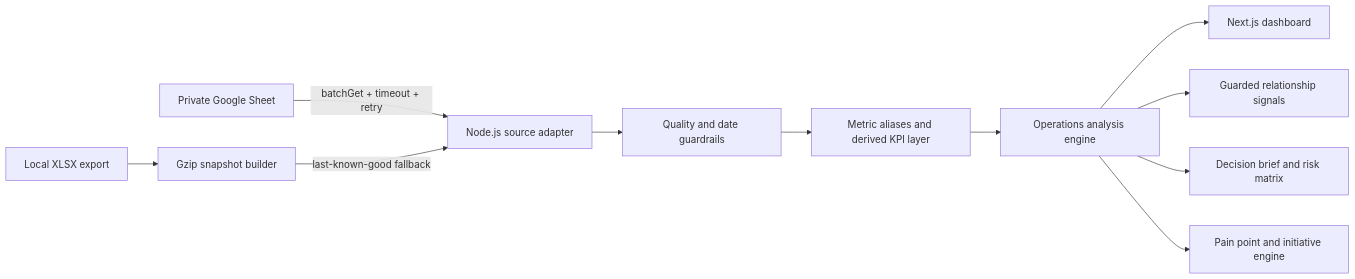
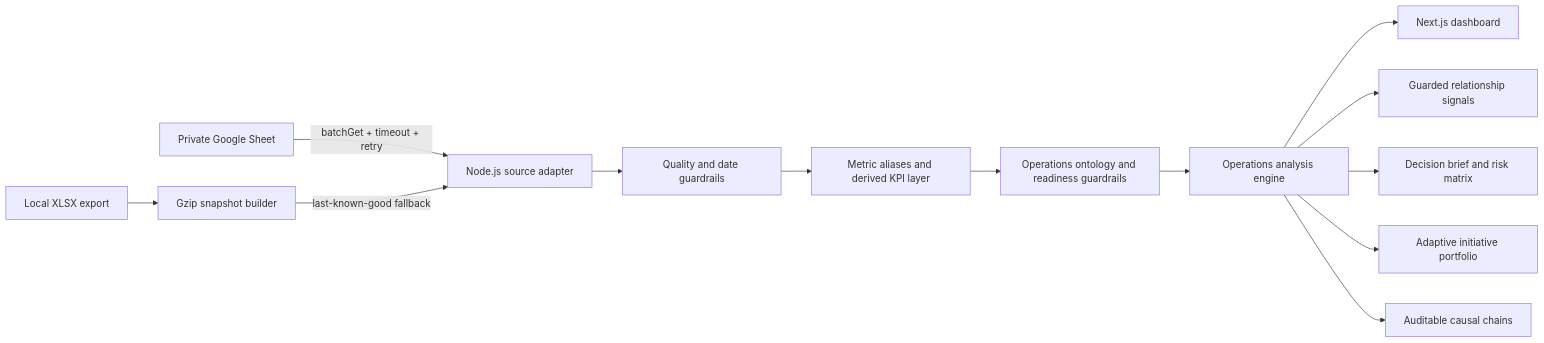
One commit to FIT-Developers-Team/ex-analysis-system changed the diagram in README.md. Above: the diagram before and after it, drawn with Mermaid. The commit also changed other lines of this file and 8 other files, not shown here.

Commit message:
build adaptive operations intelligence layer

````diff
--- a/README.md
+++ b/README.md
@@ -21,13 +24,15 @@
 ```mermaid
 flowchart LR
     GS["Private Google Sheet"] -->|"batchGet + timeout + retry"| API["Node.js source adapter"]
     XLSX["Local XLSX export"] --> SNAP["Gzip snapshot builder"]
     SNAP -->|"last-known-good fallback"| API
     API --> DQ["Quality and date guardrails"]
     DQ --> SEM["Metric aliases and derived KPI layer"]
-    SEM --> ENG["Operations analysis engine"]
+    SEM --> ONT["Operations ontology and readiness guardrails"]
+    ONT --> ENG["Operations analysis engine"]
     ENG --> UI["Next.js dashboard"]
     ENG --> REL["Guarded relationship signals"]
     ENG --> DEC["Decision brief and risk matrix"]
-    ENG --> REC["Pain point and initiative engine"]
+    ENG --> REC["Adaptive initiative portfolio"]
+    ENG --> CAUSE["Auditable causal chains"]
 ```
````
